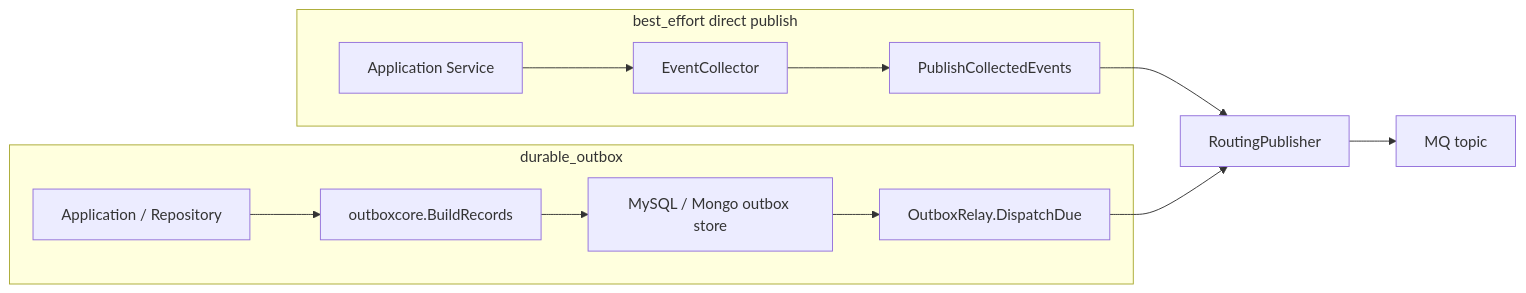
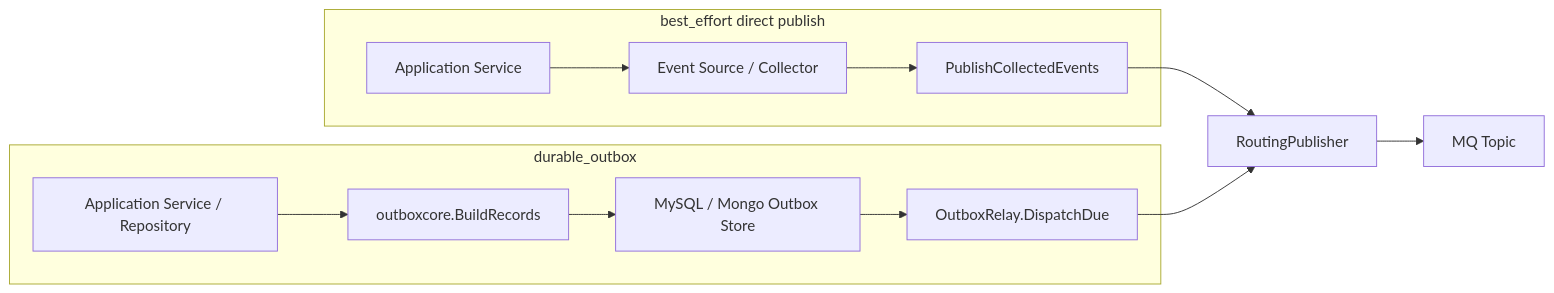
One commit to FangcunMount/qs-server changed the first of 4 diagrams in docs/03-基础设施/event/02-Publish与Outbox.md. Above: the diagram before and after it, drawn with Mermaid. The commit also changed other lines of this file and 9 other files, not shown here.

````diff
--- a/docs/03-基础设施/event/02-Publish与Outbox.md
+++ b/docs/03-基础设施/event/02-Publish与Outbox.md
@@ -18,21 +76,21 @@
 ```mermaid
 flowchart LR
     subgraph BestEffort["best_effort direct publish"]
-        svc1["Application Service"]
-        agg1["EventCollector"]
-        pub1["PublishCollectedEvents"]
+        app1["Application Service"]
+        src1["Event Source / Collector"]
+        helper["PublishCollectedEvents"]
     end
 
     subgraph Durable["durable_outbox"]
-        svc2["Application / Repository"]
+        app2["Application Service / Repository"]
         core["outboxcore.BuildRecords"]
-        store["MySQL / Mongo outbox store"]
+        store["MySQL / Mongo Outbox Store"]
         relay["OutboxRelay.DispatchDue"]
     end
 
     runtime["RoutingPublisher"]
-    mq["MQ topic"]
+    mq["MQ Topic"]
 
-    svc1 --> agg1 --> pub1 --> runtime --> mq
-    svc2 --> core --> store --> relay --> runtime
+    app1 --> src1 --> helper --> runtime --> mq
+    app2 --> core --> store --> relay --> runtime
 ```
````
